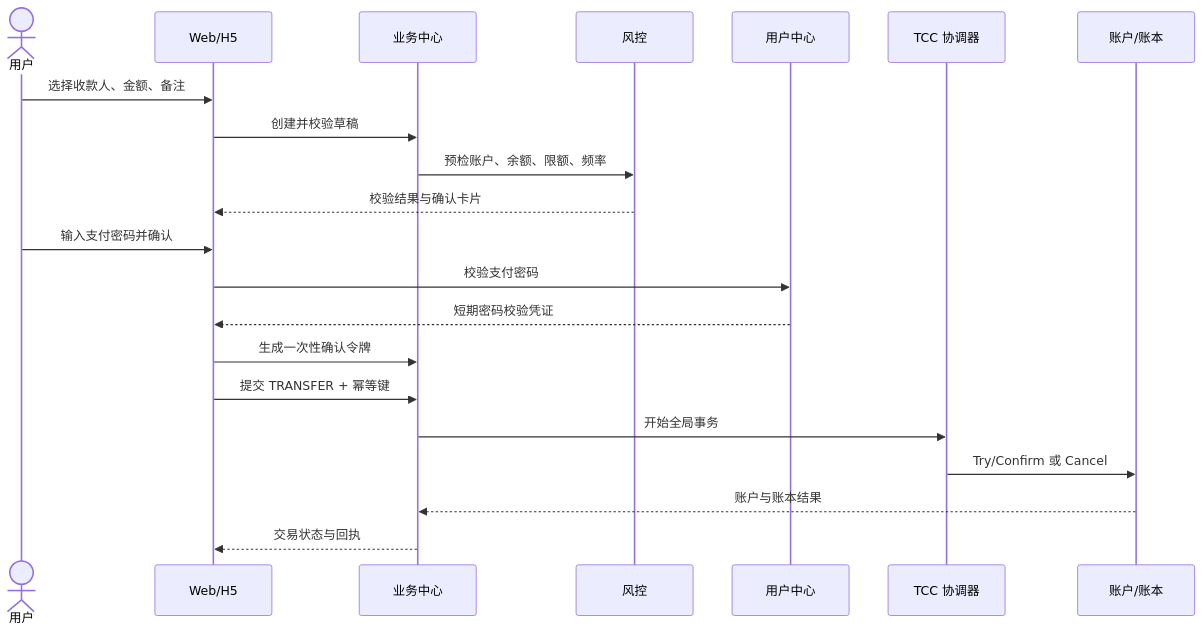
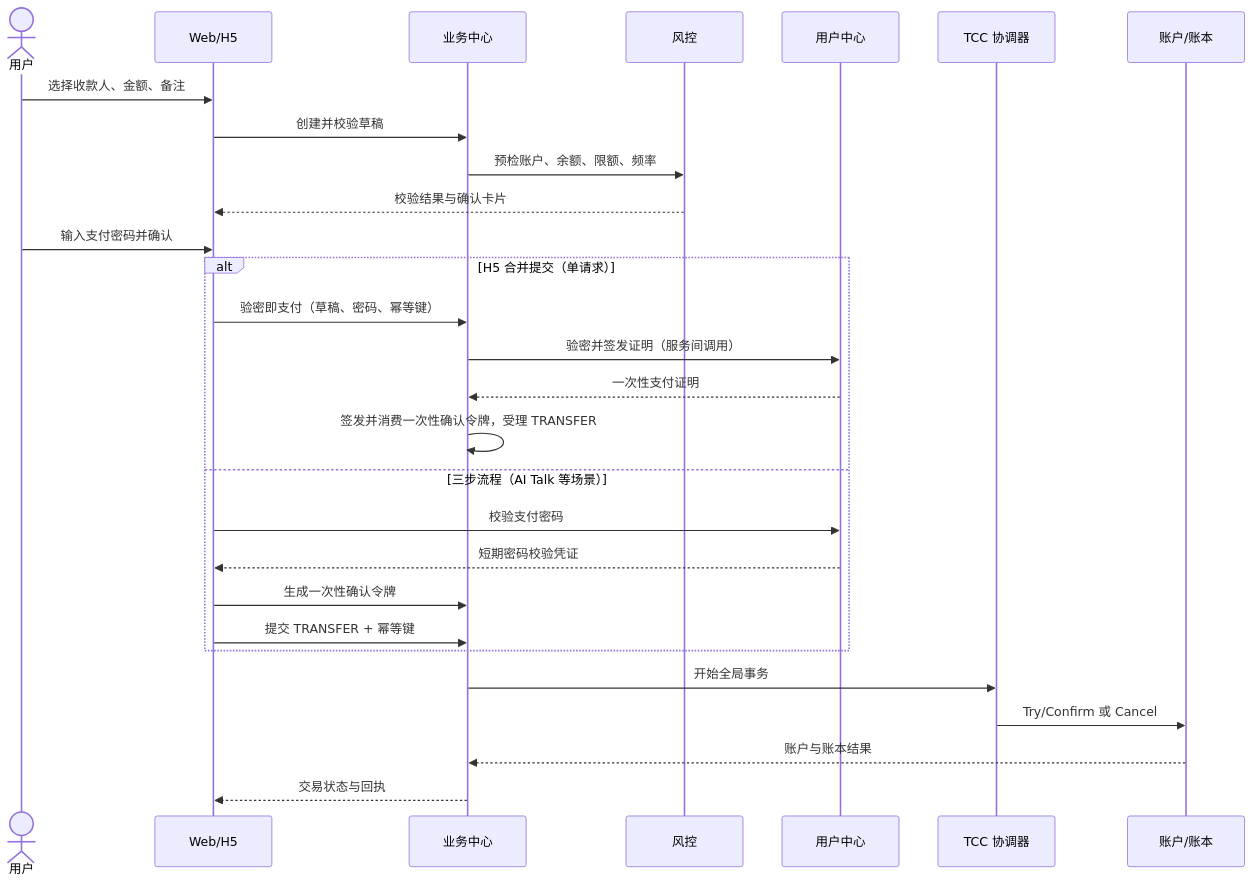
Before and after one commit to JN6565/MiniAlalipay: diagram 11 of 33 in docs/minialalipay/minialalipay-system-analysis.md, drawn with Mermaid. The commit also changed other lines of this file and 27 other files, not shown here.

````diff
--- a/docs/minialalipay/minialalipay-system-analysis.md
+++ b/docs/minialalipay/minialalipay-system-analysis.md
@@ -1138,24 +1138,31 @@
 ```mermaid
 sequenceDiagram
     actor U as 用户
     participant W as Web/H5
     participant B as 业务中心
     participant R as 风控
     participant UC as 用户中心
     participant T as TCC 协调器
     participant A as 账户/账本
 
     U->>W: 选择收款人、金额、备注
     W->>B: 创建并校验草稿
     B->>R: 预检账户、余额、限额、频率
     R-->>W: 校验结果与确认卡片
     U->>W: 输入支付密码并确认
-    W->>UC: 校验支付密码
-    UC-->>W: 短期密码校验凭证
-    W->>B: 生成一次性确认令牌
-    W->>B: 提交 TRANSFER + 幂等键
+    alt H5 合并提交（单请求）
+        W->>B: 验密即支付（草稿、密码、幂等键）
+        B->>UC: 验密并签发证明（服务间调用）
+        UC-->>B: 一次性支付证明
+        B->>B: 签发并消费一次性确认令牌，受理 TRANSFER
+    else 三步流程（AI Talk 等场景）
+        W->>UC: 校验支付密码
+        UC-->>W: 短期密码校验凭证
+        W->>B: 生成一次性确认令牌
+        W->>B: 提交 TRANSFER + 幂等键
+    end
     B->>T: 开始全局事务
     T->>A: Try/Confirm 或 Cancel
     A-->>B: 账户与账本结果
     B-->>W: 交易状态与回执
 ```
````
